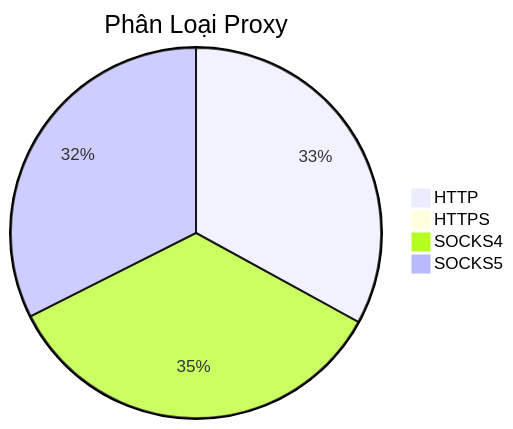
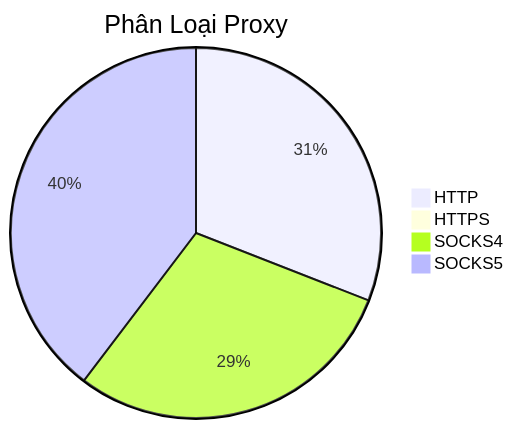
Before and after one commit to Ciara-12/PROXY-free: the diagram in README.md, drawn with Mermaid. The commit also changed other lines of this file and 4 other files, not shown here.

````diff
--- a/README.md
+++ b/README.md
@@ -26,7 +26,7 @@
 ```mermaid
 pie title Phân Loại Proxy
-    "HTTP" : 534
-    "HTTPS" : 0
-    "SOCKS4" : 560
-    "SOCKS5" : 525
+    "HTTP" : 510
+    "HTTPS" : 1
+    "SOCKS4" : 485
+    "SOCKS5" : 654
 ```
````
